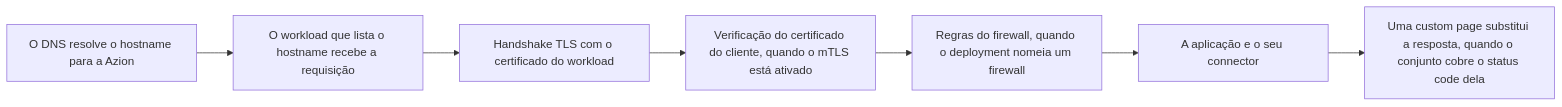
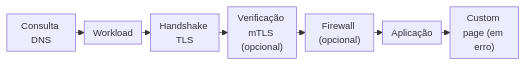
One commit to aziontech/docs changed the first of 4 diagrams in src/content/docs/pt-br/pages/secure/workloads/como-funciona.mdx. Above: the diagram before and after it, drawn with Mermaid. The commit also changed other lines of this file and 5 other files, not shown here.

First line of the commit message:
docs(workloads): fit the section's diagrams to the frame without horizontal scroll

````diff
--- a/src/content/docs/pt-br/pages/secure/workloads/como-funciona.mdx
+++ b/src/content/docs/pt-br/pages/secure/workloads/como-funciona.mdx
@@ -26,9 +26,10 @@
 ```mermaid
+%%{init: {"layout": "dagre", "themeVariables": {"fontSize": "13px"}, "flowchart": {"nodeSpacing": 12, "rankSpacing": 12, "padding": 6, "wrappingWidth": 70, "minNodeWidth": 40, "useMaxWidth": true}}}%%
 flowchart LR
-  DNS["O DNS resolve o hostname para a Azion"] --> Host["O workload que lista o hostname recebe a requisição"]
-  Host --> TLS["Handshake TLS com o certificado do workload"]
-  TLS --> MTLS["Verificação do certificado do cliente, quando o mTLS está ativado"]
-  MTLS --> FW["Regras do firewall, quando o deployment nomeia um firewall"]
-  FW --> App["A aplicação e o seu connector"]
-  App --> CP["Uma custom page substitui a resposta, quando o conjunto cobre o status code dela"]
+  DNS["Consulta DNS"] --> Host["Workload"]
+  Host --> TLS["Handshake TLS"]
+  TLS --> MTLS["Verificação mTLS (opcional)"]
+  MTLS --> FW["Firewall (opcional)"]
+  FW --> App["Aplicação"]
+  App --> CP["Custom page (em erro)"]
 ```
````
